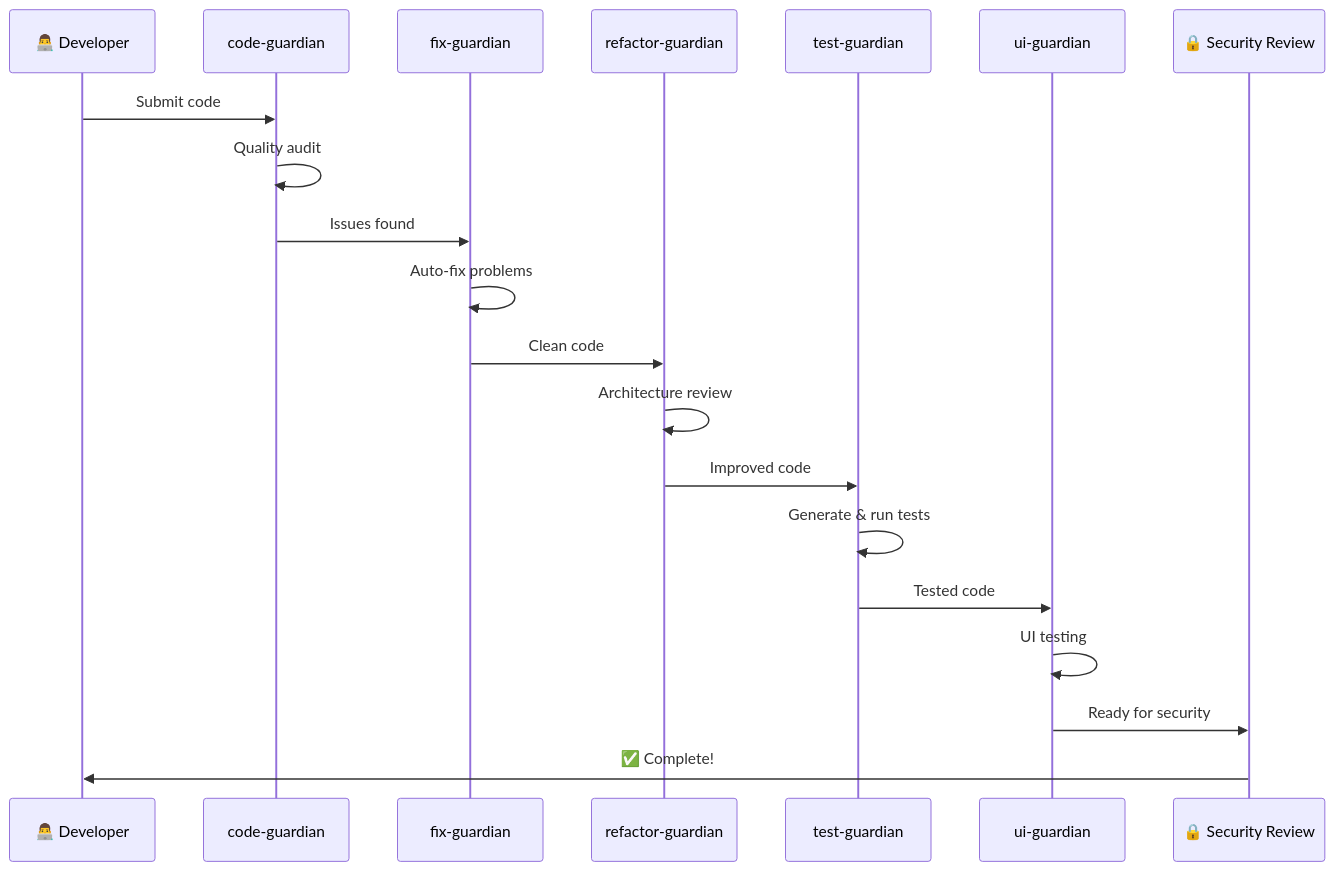
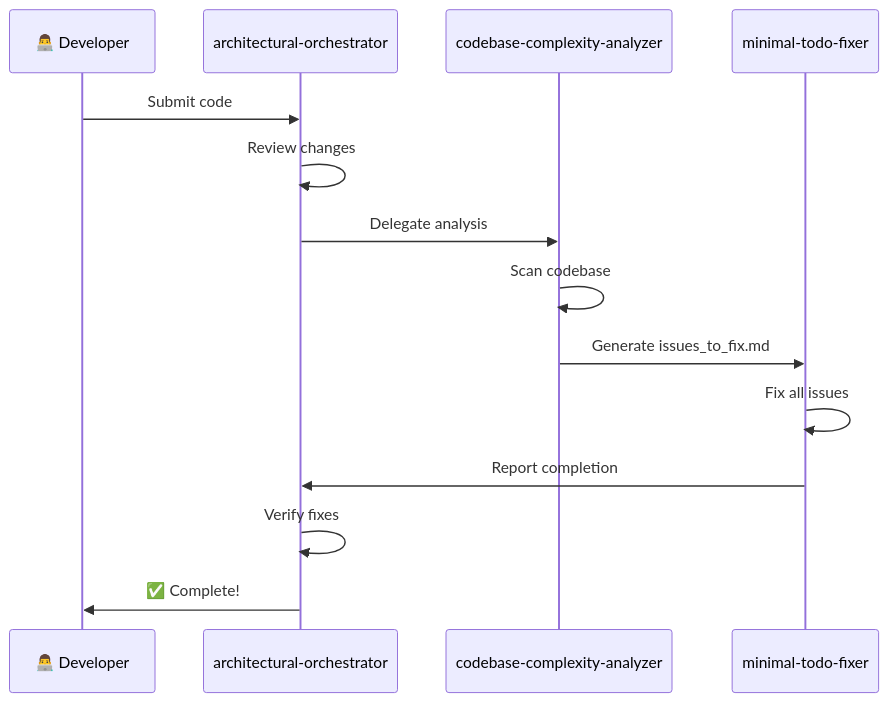
One commit to kairin/claude-guardian-agents changed the fifth of 5 diagrams in docs/workflows/development-workflow.md. Above: the diagram before and after it, drawn with Mermaid. The commit also changed other lines of this file and 80 other files, not shown here.

````diff
--- a/docs/workflows/development-workflow.md
+++ b/docs/workflows/development-workflow.md
@@ -224,23 +102,17 @@
 ```mermaid
 sequenceDiagram
     participant Dev as 👨‍💻 Developer
-    participant CG as code-guardian
-    participant FG as fix-guardian
-    participant RG as refactor-guardian
-    participant TG as test-guardian
-    participant UG as ui-guardian
-    participant Sec as 🔒 Security Review
+    participant Orchestrator as architectural-orchestrator
+    participant Analyzer as codebase-complexity-analyzer
+    participant Fixer as minimal-todo-fixer
 
-    Dev->>CG: Submit code
-    CG->>CG: Quality audit
-    CG->>FG: Issues found
-    FG->>FG: Auto-fix problems
-    FG->>RG: Clean code
-    RG->>RG: Architecture review
-    RG->>TG: Improved code
-    TG->>TG: Generate & run tests
-    TG->>UG: Tested code
-    UG->>UG: UI testing
-    UG->>Sec: Ready for security
-    Sec->>Dev: ✅ Complete!
+    Dev->>Orchestrator: Submit code
+    Orchestrator->>Orchestrator: Review changes
+    Orchestrator->>Analyzer: Delegate analysis
+    Analyzer->>Analyzer: Scan codebase
+    Analyzer->>Fixer: Generate issues_to_fix.md
+    Fixer->>Fixer: Fix all issues
+    Fixer->>Orchestrator: Report completion
+    Orchestrator->>Orchestrator: Verify fixes
+    Orchestrator->>Dev: ✅ Complete!
 ```
````
